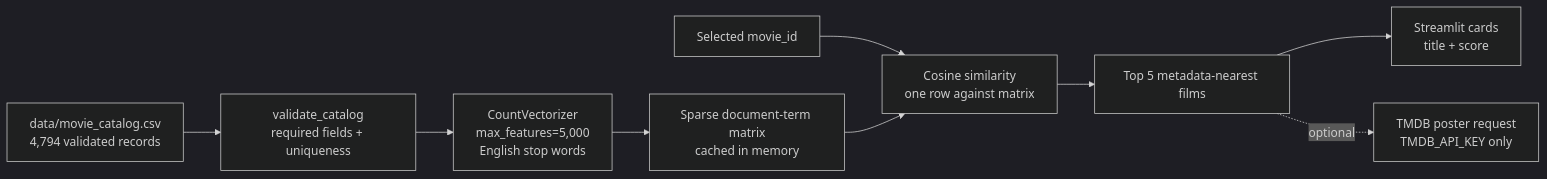
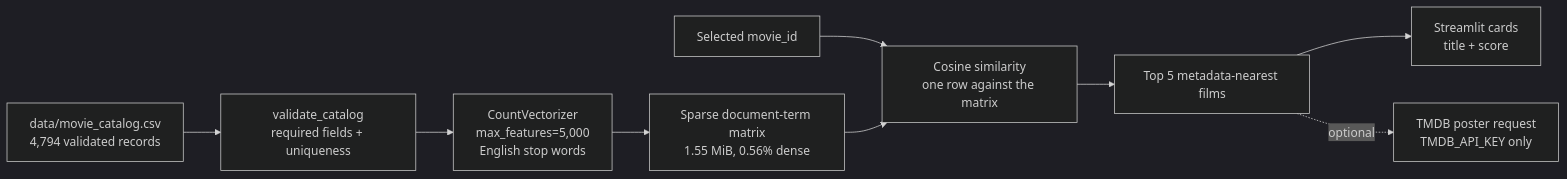
The second of 3 diagrams in 14-movie-recommender/README.md (CHAITANYA-2002/machine-learning-projects), drawn with Mermaid (dark theme) before and after one commit. The commit also changed other lines of this file and 10 other files, not shown here.

````diff
--- a/14-movie-recommender/README.md
+++ b/14-movie-recommender/README.md
@@ -72,11 +109,11 @@
 ```mermaid
 flowchart LR
-    data["data/movie_catalog.csv\n4,794 validated records"] --> validate["validate_catalog\nrequired fields + uniqueness"]
-    validate --> vectorize["CountVectorizer\nmax_features=5,000\nEnglish stop words"]
-    vectorize --> sparse["Sparse document-term matrix\ncached in memory"]
-    select["Selected movie_id"] --> query["Cosine similarity\none row against matrix"]
+    data["data/movie_catalog.csv<br/>4,794 validated records"] --> validate["validate_catalog<br/>required fields + uniqueness"]
+    validate --> vectorize["CountVectorizer<br/>max_features=5,000<br/>English stop words"]
+    vectorize --> sparse["Sparse document-term matrix<br/>1.55 MiB, 0.56% dense"]
+    select["Selected movie_id"] --> query["Cosine similarity<br/>one row against the matrix"]
     sparse --> query
     query --> top5["Top 5 metadata-nearest films"]
-    top5 --> ui["Streamlit cards\ntitle + score"]
-    top5 -. optional .-> posters["TMDB poster request\nTMDB_API_KEY only"]
+    top5 --> ui["Streamlit cards<br/>title + score"]
+    top5 -. optional .-> posters["TMDB poster request<br/>TMDB_API_KEY only"]
 ```
````
